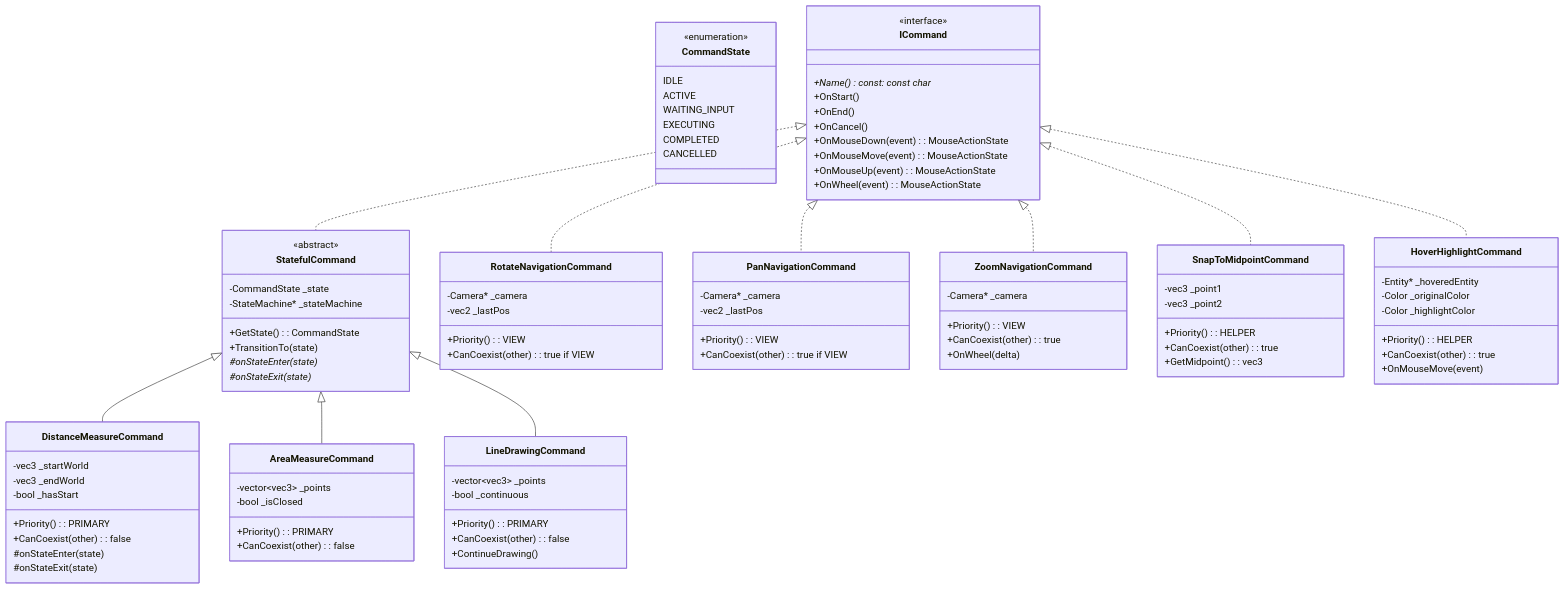
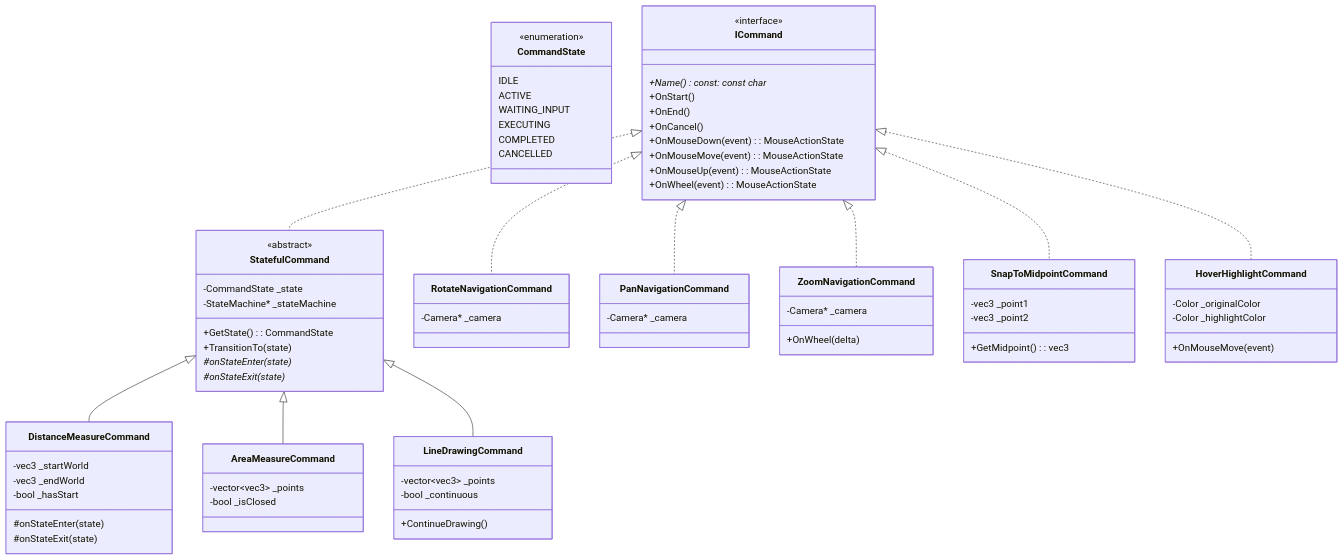
The third of 3 diagrams in GraphV5.md (vfa-khaidt1/vfa-cdn), drawn with Mermaid before and after one commit.

```diff
--- a/GraphV5.md
+++ b/GraphV5.md
@@ -140,8 +140,6 @@
         -vec3 _startWorld
         -vec3 _endWorld
         -bool _hasStart
-        +Priority(): PRIMARY
-        +CanCoexist(other): false
         #onStateEnter(state)
         #onStateExit(state)
     }
@@ -149,53 +147,36 @@
     class AreaMeasureCommand {
         -vector~vec3~ _points
         -bool _isClosed
-        +Priority(): PRIMARY
-        +CanCoexist(other): false
     }
     
     class LineDrawingCommand {
         -vector~vec3~ _points
         -bool _continuous
-        +Priority(): PRIMARY
-        +CanCoexist(other): false
         +ContinueDrawing()
     }
     
     class RotateNavigationCommand {
         -Camera* _camera
-        -vec2 _lastPos
-        +Priority(): VIEW
-        +CanCoexist(other): true if VIEW
     }
     
     class PanNavigationCommand {
         -Camera* _camera
-        -vec2 _lastPos
-        +Priority(): VIEW
-        +CanCoexist(other): true if VIEW
     }
     
     class ZoomNavigationCommand {
         -Camera* _camera
-        +Priority(): VIEW
-        +CanCoexist(other): true
         +OnWheel(delta)
     }
     
     class SnapToMidpointCommand {
         -vec3 _point1
         -vec3 _point2
-        +Priority(): HELPER
-        +CanCoexist(other): true
         +GetMidpoint(): vec3
     }
     
     class HoverHighlightCommand {
-        -Entity* _hoveredEntity
         -Color _originalColor
         -Color _highlightColor
-        +Priority(): HELPER
-        +CanCoexist(other): true
         +OnMouseMove(event)
     }
 
```
